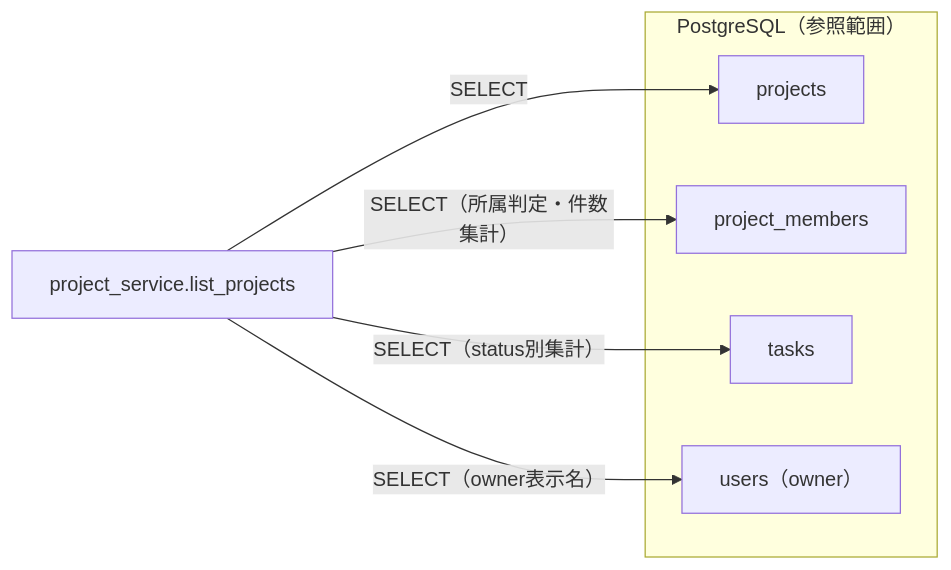
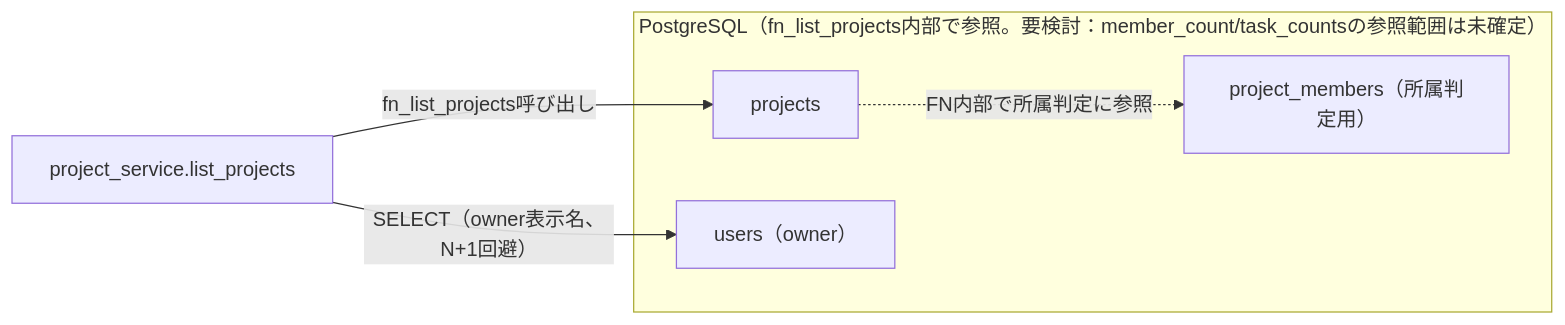
One commit to oikawa-d/task_management changed the fourth of 4 diagrams in detailed_design/api/projects/01_get_projects.md. Above: the diagram before and after it, drawn with Mermaid. The commit also changed other lines of this file and 5 other files, not shown here.

````diff
--- a/detailed_design/api/projects/01_get_projects.md
+++ b/detailed_design/api/projects/01_get_projects.md
@@ -232,13 +211,11 @@
 ```mermaid
 flowchart LR
-    subgraph PG["PostgreSQL（参照範囲）"]
+    subgraph PG["PostgreSQL（fn_list_projects内部で参照。要検討：member_count/task_countsの参照範囲は未確定）"]
         T1["projects"]
-        T2["project_members"]
-        T3["tasks"]
+        T2["project_members（所属判定用）"]
         T4["users（owner）"]
     end
-    S["project_service.list_projects"] -->|"SELECT"| T1
-    S -->|"SELECT（所属判定・件数集計）"| T2
-    S -->|"SELECT（status別集計）"| T3
-    S -->|"SELECT（owner表示名）"| T4
+    S["project_service.list_projects"] -->|"fn_list_projects呼び出し"| T1
+    T1 -.->|"FN内部で所属判定に参照"| T2
+    S -->|"SELECT（owner表示名、N+1回避）"| T4
 ```
````
